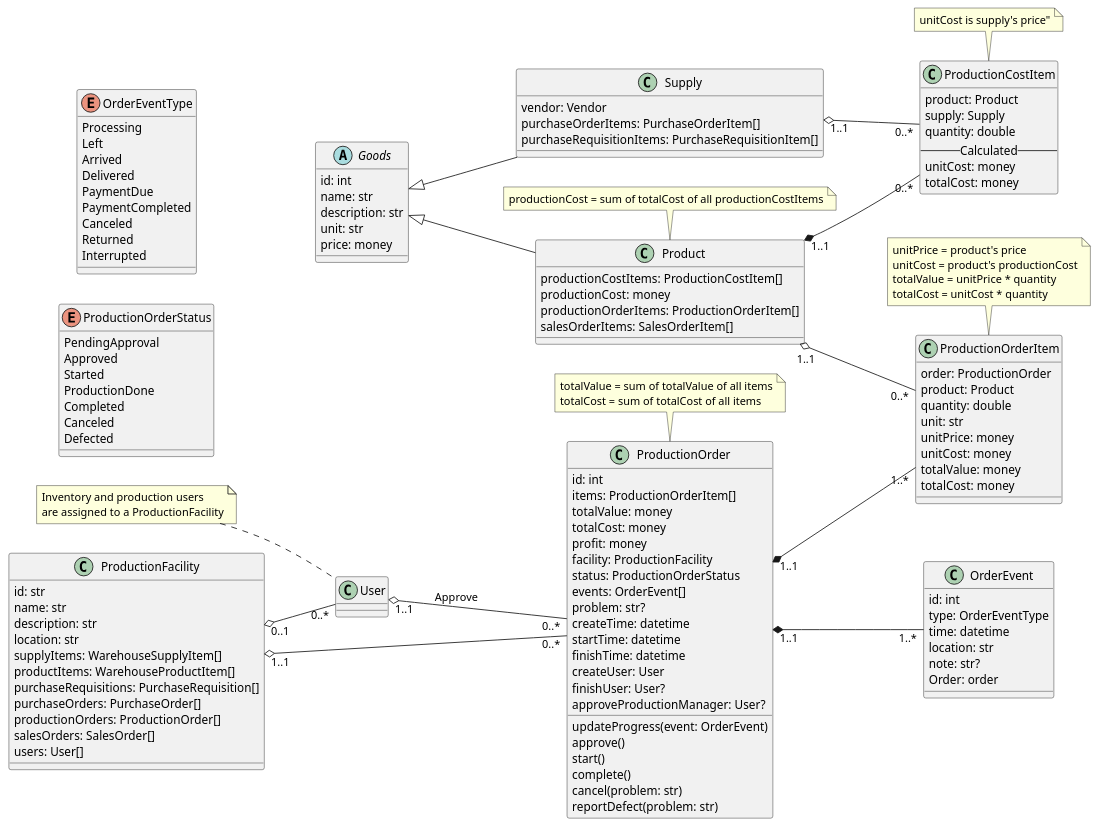
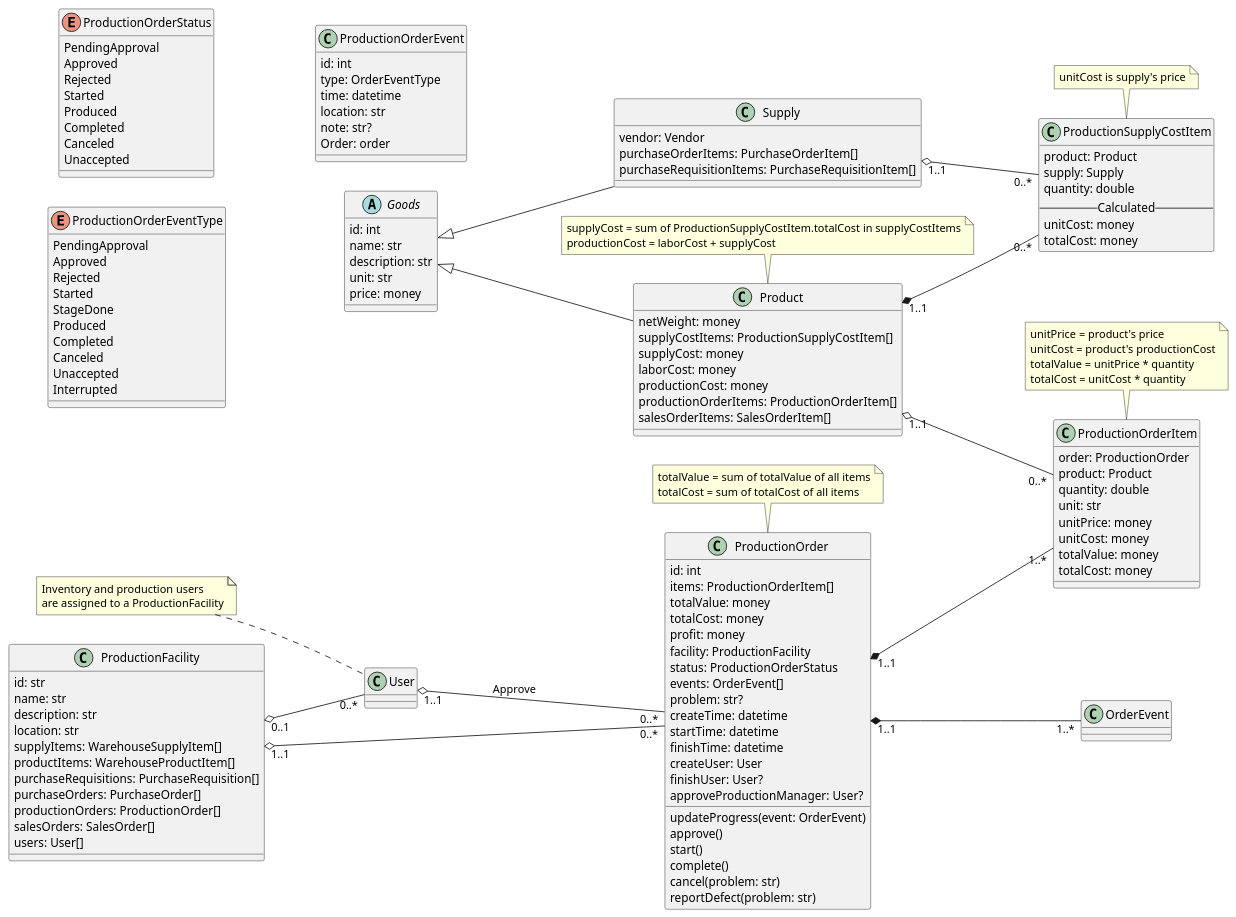
One commit to phihungha/SE357-Practice-class changed the diagram in Lab1/Lab1.2/classes/production.plantuml. Above: the diagram before and after it, drawn with PlantUML. The commit also changed 5 other files, not shown here.

Commit message:
Fix diagram notes

```diff
--- a/Lab1/Lab1.2/classes/production.plantuml
+++ b/Lab1/Lab1.2/classes/production.plantuml
@@ -1,136 +1,144 @@
 @startuml production
 left to right direction
 
 class ProductionFacility {
     id: str
     name: str
     description: str
     location: str
     supplyItems: WarehouseSupplyItem[]
     productItems: WarehouseProductItem[]
     purchaseRequisitions: PurchaseRequisition[]
     purchaseOrders: PurchaseOrder[]
     productionOrders: ProductionOrder[]
     salesOrders: SalesOrder[]
     users: User[]
 }
 ProductionFacility "0..1" o-- "0..*" User
 note left: Inventory and production users\nare assigned to a ProductionFacility
 
 abstract Goods {
     id: int
     name: str
     description: str
     unit: str
     price: money
 }
 
 class Supply {
     vendor: Vendor
     purchaseOrderItems: PurchaseOrderItem[]
     purchaseRequisitionItems: PurchaseRequisitionItem[]
 }
 Goods <|-- Supply
 
 class Product {
-    productionCostItems: ProductionCostItem[]
+    netWeight: money
+    supplyCostItems: ProductionSupplyCostItem[]
+    supplyCost: money
+    laborCost: money
     productionCost: money
     productionOrderItems: ProductionOrderItem[]
     salesOrderItems: SalesOrderItem[]
 }
 Goods <|-- Product
-note top: productionCost = sum of totalCost of all productionCostItems
+note top
+    supplyCost = sum of ProductionSupplyCostItem.totalCost in supplyCostItems
+    productionCost = laborCost + supplyCost
+endnote
 
-class ProductionCostItem {
+class ProductionSupplyCostItem {
     product: Product
     supply: Supply
     quantity: double
     --Calculated--
     unitCost: money
     totalCost: money
 }
-Product "1..1" *-- "0..*" ProductionCostItem
-Supply "1..1" o-- "0..*" ProductionCostItem
-note top: unitCost is supply's price"
+Product "1..1" *-- "0..*" ProductionSupplyCostItem
+Supply "1..1" o-- "0..*" ProductionSupplyCostItem
+note top: unitCost is supply's price
 
 enum ProductionOrderStatus {
     PendingApproval
     Approved
+    Rejected
     Started
-    ProductionDone
+    Produced
     Completed
     Canceled
-    Defected
+    Unaccepted
 }
 
 class ProductionOrder {
     id: int
     items: ProductionOrderItem[]
     totalValue: money
     totalCost: money
     profit: money
     facility: ProductionFacility
     status: ProductionOrderStatus
     events: OrderEvent[]
     problem: str?
     createTime: datetime
     startTime: datetime
     finishTime: datetime
     createUser: User
     finishUser: User?
     approveProductionManager: User?
     updateProgress(event: OrderEvent)
     approve()
     start()
     complete()
     cancel(problem: str)
     reportDefect(problem: str)
 }
 ProductionFacility "1..1" o-- "0..*" ProductionOrder
 User "1..1" o-- "0..*" ProductionOrder : Approve
 note top
     totalValue = sum of totalValue of all items
     totalCost = sum of totalCost of all items
 endnote
 
 class ProductionOrderItem {
     order: ProductionOrder
     product: Product
     quantity: double
     unit: str
     unitPrice: money
     unitCost: money
     totalValue: money
     totalCost: money
 }
 ProductionOrder "1..1" *-- "1..*" ProductionOrderItem
 Product "1..1" o-- "0..*" ProductionOrderItem
 note top
     unitPrice = product's price
     unitCost = product's productionCost
     totalValue = unitPrice * quantity
     totalCost = unitCost * quantity
 endnote
 
-enum OrderEventType {
-    Processing
-    Left
-    Arrived
-    Delivered
-    PaymentDue
-    PaymentCompleted
+enum ProductionOrderEventType {
+    PendingApproval
+    Approved
+    Rejected
+    Started
+    StageDone
+    Produced
+    Completed
     Canceled
-    Returned
+    Unaccepted
     Interrupted
 }
 
-class OrderEvent {
+class ProductionOrderEvent {
     id: int
     type: OrderEventType
     time: datetime
     location: str
     note: str?
     Order: order
 }
 ProductionOrder "1..1" *-- "1..*" OrderEvent
 @enduml
```
